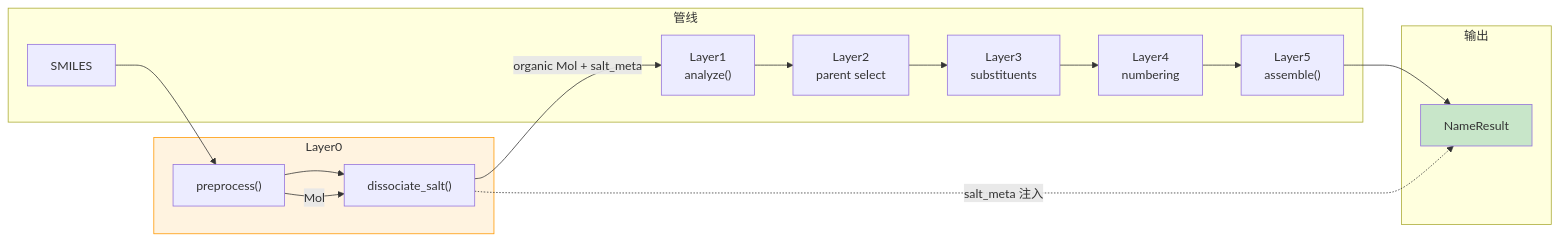
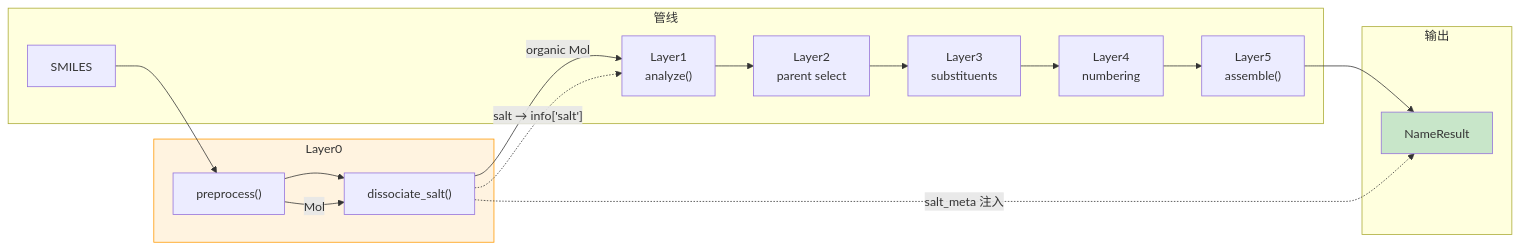
The second of 2 diagrams in docs/wiki/architecture/layer0-preprocessor.md (zouxiaofei1/OpenSMILES), drawn with Mermaid before and after one commit. The commit also changed other lines of this file and 20 other files, not shown here.

````diff
--- a/docs/wiki/architecture/layer0-preprocessor.md
+++ b/docs/wiki/architecture/layer0-preprocessor.md
@@ -252,24 +273,25 @@
 ```mermaid
 flowchart LR
     subgraph Layer0
         P["preprocess()"] --> S["dissociate_salt()"]
     end
 
     subgraph 管线
         SMILES["SMILES"] --> P
         P -->|Mol| S
-        S -->|"organic Mol + salt_meta"| L1["Layer1\nanalyze()"]
+        S -->|"organic Mol"| L1["Layer1\nanalyze()"]
+        S -.->|"salt → info['salt']"| L1
         L1 --> L2["Layer2\nparent select"]
         L2 --> L3["Layer3\nsubstituents"]
         L3 --> L4["Layer4\nnumbering"]
         L4 --> L5["Layer5\nassemble()"]
     end
 
     subgraph 输出
         L5 --> NR["NameResult"]
         S -.->|"salt_meta 注入"| NR
     end
 
     style Layer0 fill:#fff3e0,stroke:#ff9800
     style NR fill:#c8e6c9
 ```
````
